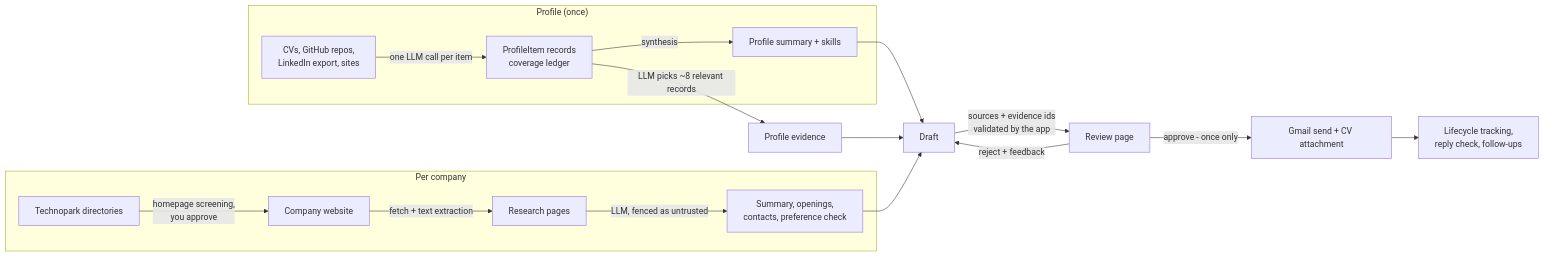
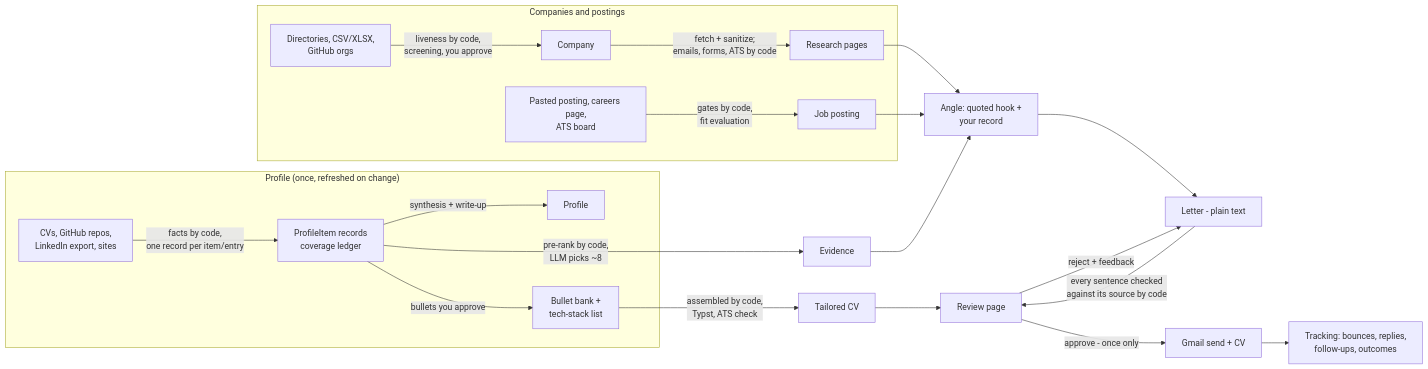
One commit to hkln4/job-outreach-assistant changed the diagram in README.md. Above: the diagram before and after it, drawn with Mermaid. The commit also changed other lines of this file and 15 other files, not shown here.

First line of the commit message:
Check every letter sentence against its source; stop reusing model text as fact

````diff
--- a/README.md
+++ b/README.md
@@ -17,20 +20,24 @@
 ```mermaid
 flowchart LR
-    subgraph Profile["Profile (once)"]
-        S[CVs, GitHub repos,<br/>LinkedIn export, sites] -->|one LLM call per item| I[ProfileItem records<br/>coverage ledger]
-        I -->|synthesis| P[Profile summary + skills]
+    subgraph Profile["Profile (once, refreshed on change)"]
+        S[CVs, GitHub repos,<br/>LinkedIn export, sites] -->|facts by code,<br/>one record per item/entry| I[ProfileItem records<br/>coverage ledger]
+        I -->|synthesis + write-up| P[Profile]
+        I -->|bullets you approve| B[Bullet bank +<br/>tech-stack list]
     end
-    subgraph Company["Per company"]
-        X[Technopark directories] -->|homepage screening,<br/>you approve| W
-        W[Company website] -->|fetch + text extraction| R[Research pages]
-        R -->|LLM, fenced as untrusted| F[Summary, openings,<br/>contacts, preference check]
+    subgraph Targets["Companies and postings"]
+        X[Directories, CSV/XLSX,<br/>GitHub orgs] -->|liveness by code,<br/>screening, you approve| W[Company]
+        J[Pasted posting, careers page,<br/>ATS board] -->|gates by code,<br/>fit evaluation| Q[Job posting]
+        W -->|fetch + sanitize;<br/>emails, forms, ATS by code| R[Research pages]
     end
-    I -->|LLM picks ~8 relevant records| E[Profile evidence]
-    P --> D[Draft]
-    E --> D
-    F --> D
-    D -->|sources + evidence ids<br/>validated by the app| V[Review page]
-    V -->|reject + feedback| D
-    V -->|approve - once only| G[Gmail send + CV attachment]
-    G --> T[Lifecycle tracking,<br/>reply check, follow-ups]
+    I -->|pre-rank by code,<br/>LLM picks ~8| E[Evidence]
+    R --> A[Angle: quoted hook +<br/>your record]
+    Q --> A
+    E --> A
+    A --> L[Letter - plain text]
+    L -->|every sentence checked<br/>against its source by code| V[Review page]
+    B -->|assembled by code,<br/>Typst, ATS check| C[Tailored CV]
+    C --> V
+    V -->|reject + feedback| L
+    V -->|approve - once only| G[Gmail send + CV]
+    G --> T[Tracking: bounces, replies,<br/>follow-ups, outcomes]
 ```
````
